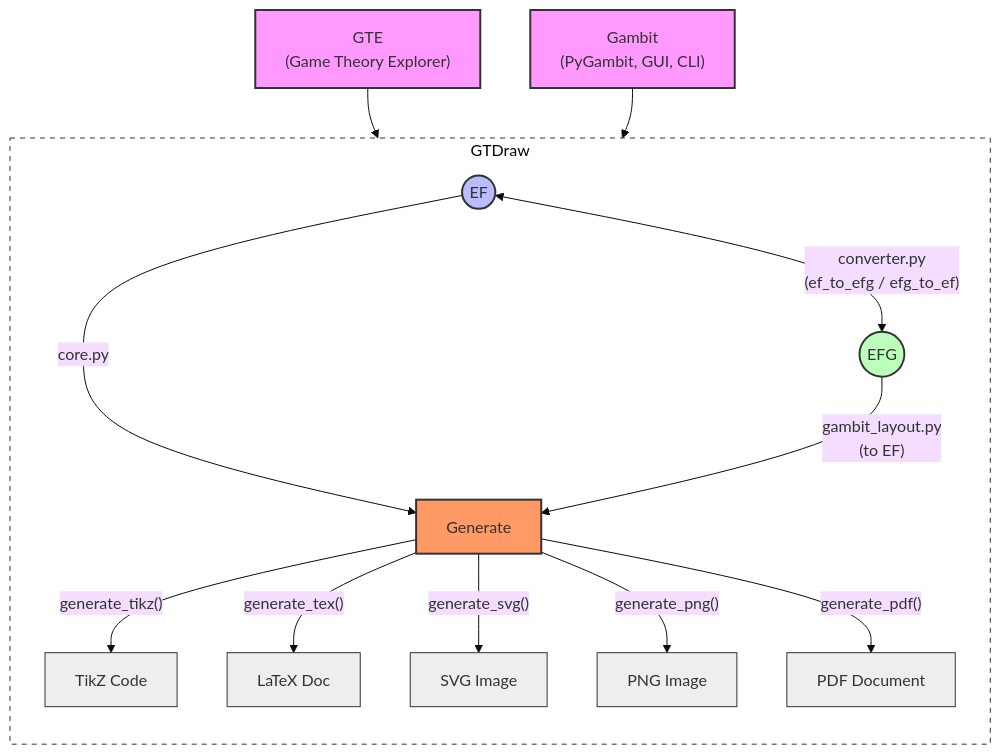
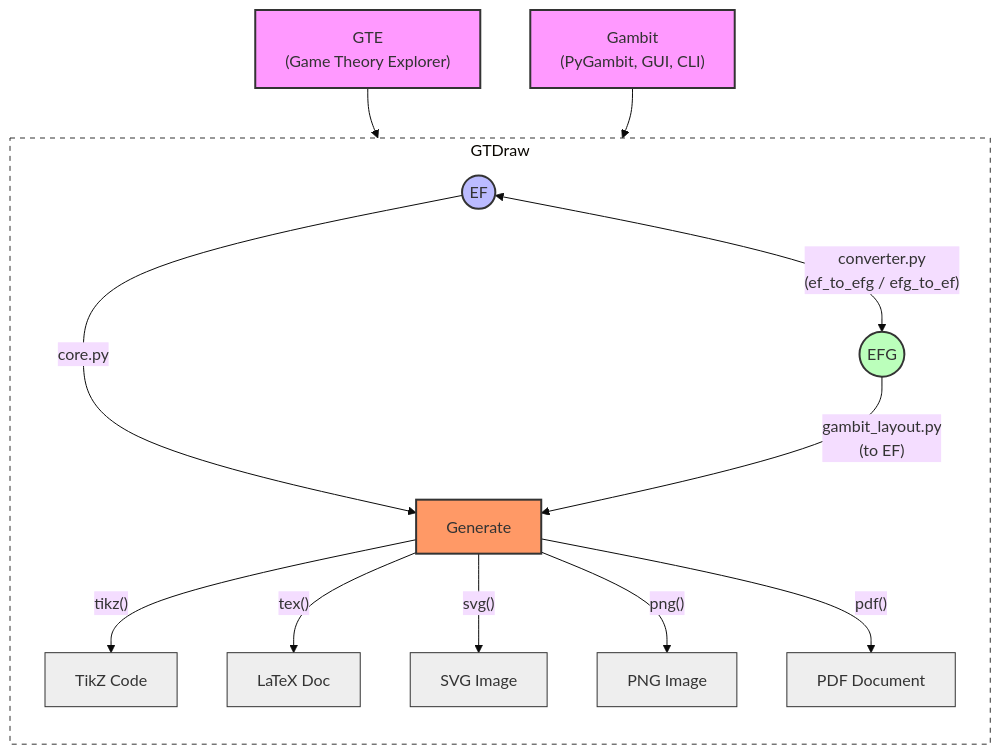
One commit to gambitproject/gtdraw changed the diagram in docs/creating_games.md. Above: the diagram before and after it, drawn with Mermaid (base theme). The commit also changed other lines of this file and 4 other files, not shown here.

````diff
--- a/docs/creating_games.md
+++ b/docs/creating_games.md
@@ -12,37 +12,37 @@
 ```{mermaid}
 flowchart TD
     %% Source Inputs
     GTE["GTE <br/> (Game Theory Explorer)"] --> EF((EF))
     Gambit["Gambit <br/> (PyGambit, GUI, CLI)"] --> EFG((EFG))
 
     subgraph GTDraw
         direction TB
         
         %% Conversion Layer
         EF <--> |"converter.py <br/> (ef_to_efg / efg_to_ef)"| EFG
         
         %% Processing Layer
         EF --> |"core.py"| Gen[Generate]
         EFG --> |"gambit_layout.py <br/> (to EF)"| Gen
         
         %% Output Layer
-        Gen --> |"generate_tikz()"| TikZ[TikZ Code]
-        Gen --> |"generate_tex()"| TeX[LaTeX Doc]
-        Gen --> |"generate_svg()"| SVG[SVG Image]
-        Gen --> |"generate_png()"| PNG[PNG Image]
-        Gen --> |"generate_pdf()"| PDF[PDF Document]
+        Gen --> |"tikz()"| TikZ[TikZ Code]
+        Gen --> |"tex()"| TeX[LaTeX Doc]
+        Gen --> |"svg()"| SVG[SVG Image]
+        Gen --> |"png()"| PNG[PNG Image]
+        Gen --> |"pdf()"| PDF[PDF Document]
     end
 
     %% Styling
     style GTE fill:#f9f,stroke:#333,stroke-width:2px
     style Gambit fill:#f9f,stroke:#333,stroke-width:2px
     style EF fill:#bbf,stroke:#333,stroke-width:2px
     style EFG fill:#bfb,stroke:#333,stroke-width:2px
     style Gen fill:#f96,stroke:#333,stroke-width:2px
     style GTDraw fill:#fff,stroke:#333,stroke-dasharray: 5 5
     style TikZ fill:#eee,stroke:#333
     style TeX fill:#eee,stroke:#333
     style SVG fill:#eee,stroke:#333
     style PNG fill:#eee,stroke:#333
     style PDF fill:#eee,stroke:#333
 ```
````
